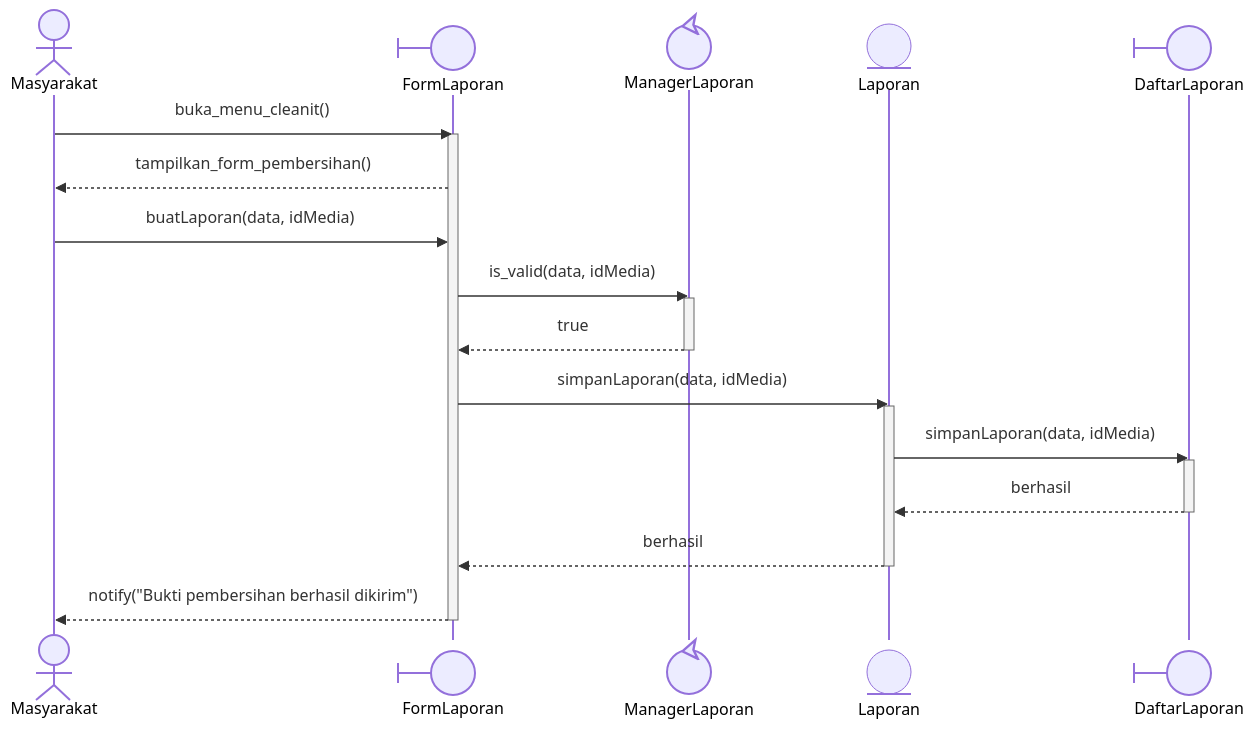
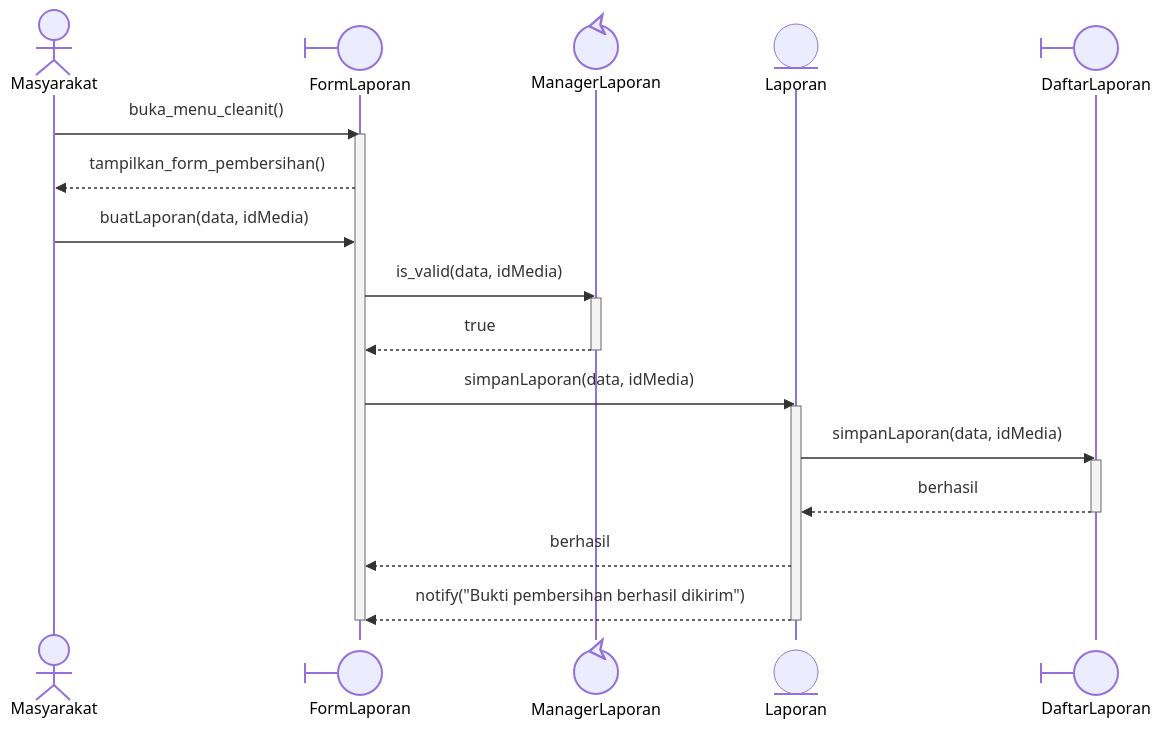
One commit to star-scripter/IF2150-RPL-K03-G02 changed diagram 16 of 28 in docs/M7/K03_G02_DPPL.md. Above: the diagram before and after it, drawn with Mermaid. The commit also changed other lines of this file, not shown here.

Commit message:
docs: fix seq diagram UC05 and UC06

````diff
--- a/docs/M7/K03_G02_DPPL.md
+++ b/docs/M7/K03_G02_DPPL.md
@@ -916,30 +916,31 @@
 ```mermaid
 %%{init: {'themeCSS': '.actor-line { stroke-dasharray: 4, 4; }'}}%%
 sequenceDiagram
     actor M as Masyarakat
     participant FL@{"type":"boundary"} as FormLaporan
     participant ML@{"type":"control"} as ManagerLaporan
     participant L@{"type":"entity"} as Laporan
     participant DL@{"type":"boundary"} as DaftarLaporan
 
     M->>FL: buka_menu_cleanit()
     activate FL
     FL-->>M: tampilkan_form_pembersihan()
 
     M->>FL: buatLaporan(data, idMedia)
     FL->>ML: is_valid(data, idMedia)
     activate ML
     ML-->>FL: true
     deactivate ML
 
     FL->>L: simpanLaporan(data, idMedia)
     activate L
     L->>DL: simpanLaporan(data, idMedia)
     activate DL
     DL-->>L: berhasil
     deactivate DL
     L-->>FL: berhasil
+    L-->>FL: notify("Bukti pembersihan berhasil dikirim")
+    deactivate FL
     deactivate L
-    FL-->>M: notify("Bukti pembersihan berhasil dikirim")
-    deactivate FL
+
 ```
````
